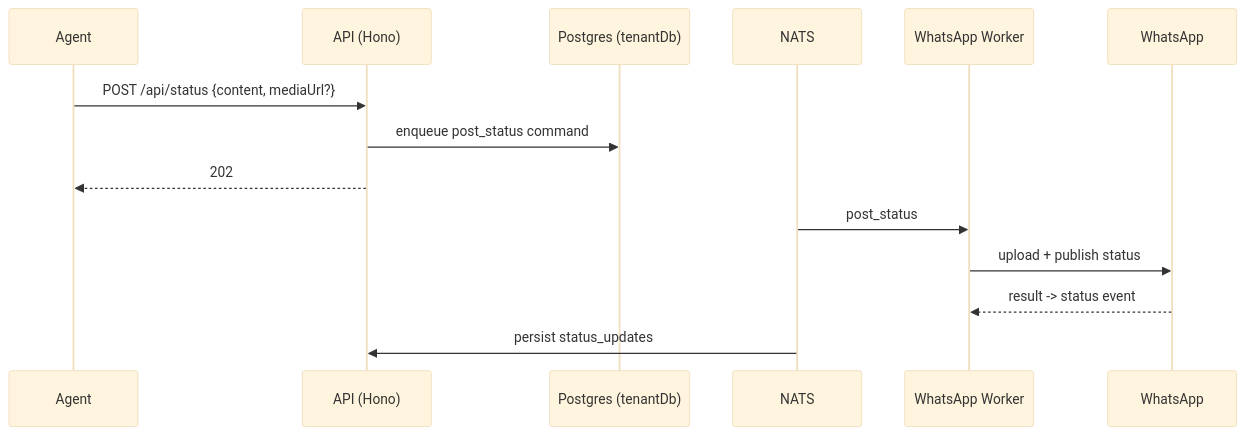
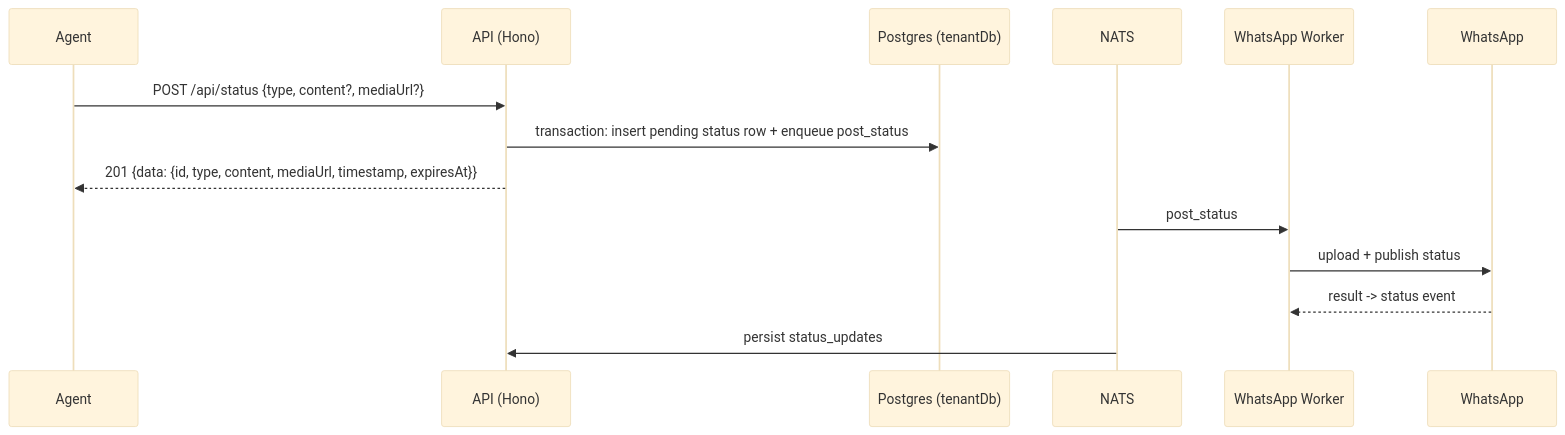
The diagram in docs/apis/status.md (ygncode/wateaminbox), drawn with Mermaid (base theme) before and after one commit. The commit also changed other lines of this file and 27 other files, not shown here.

````diff
--- a/docs/apis/status.md
+++ b/docs/apis/status.md
@@ -24,16 +24,16 @@
 ```mermaid
 sequenceDiagram
     participant U as Agent
     participant A as API (Hono)
     participant D as Postgres (tenantDb)
     participant N as NATS
     participant W as WhatsApp Worker
     participant WA as WhatsApp
-    U->>A: POST /api/status {content, mediaUrl?}
-    A->>D: enqueue post_status command
-    A-->>U: 202
+    U->>A: POST /api/status {type, content?, mediaUrl?}
+    A->>D: transaction: insert pending status row + enqueue post_status
+    A-->>U: 201 {data: {id, type, content, mediaUrl, timestamp, expiresAt}}
     N->>W: post_status
     W->>WA: upload + publish status
     WA-->>W: result -> status event
     N->>A: persist status_updates
 ```
````
